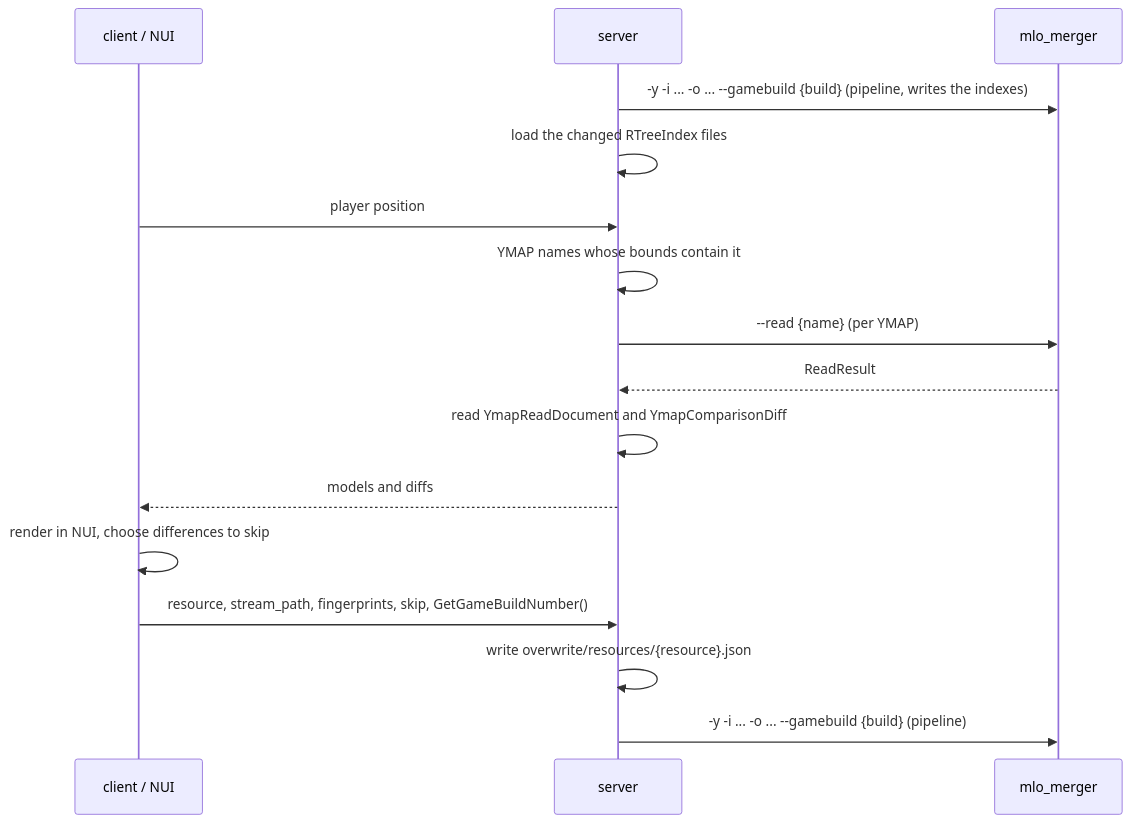
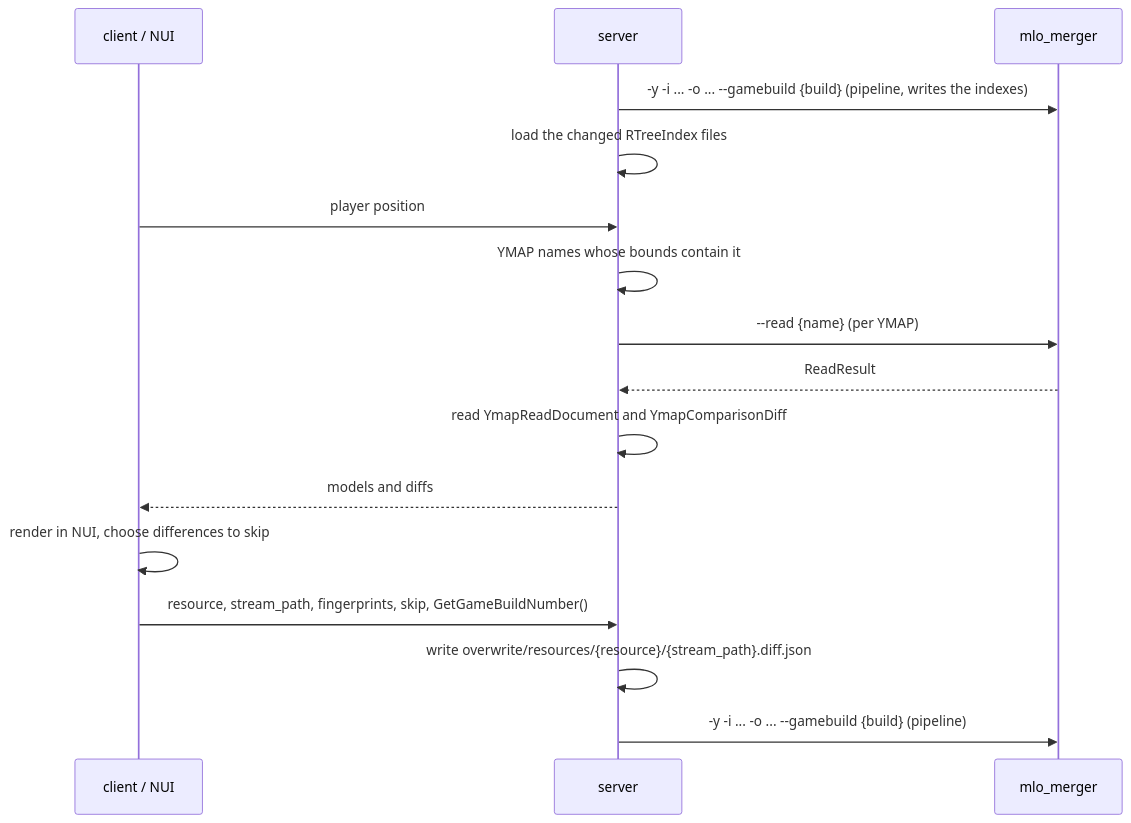
Before and after one commit to nnnnusui/mlo_merger: the diagram in docs/usage.md, drawn with Mermaid. The commit also changed other lines of this file and 54 other files, not shown here.

First line of the commit message:
Merge YMAPs that resources add, choosing a base through an overwrite cache

````diff
--- a/docs/usage.md
+++ b/docs/usage.md
@@ -390,18 +431,18 @@
 ```mermaid
 sequenceDiagram
     participant C as client / NUI
     participant S as server
     participant M as mlo_merger
     S->>M: -y -i ... -o ... --gamebuild {build} (pipeline, writes the indexes)
     S->>S: load the changed RTreeIndex files
     C->>S: player position
     S->>S: YMAP names whose bounds contain it
     S->>M: --read {name} (per YMAP)
     M-->>S: ReadResult
     S->>S: read YmapReadDocument and YmapComparisonDiff
     S-->>C: models and diffs
     C->>C: render in NUI, choose differences to skip
     C->>S: resource, stream_path, fingerprints, skip, GetGameBuildNumber()
-    S->>S: write overwrite/resources/{resource}.json
+    S->>S: write overwrite/resources/{resource}/{stream_path}.diff.json
     S->>M: -y -i ... -o ... --gamebuild {build} (pipeline)
 ```
````
